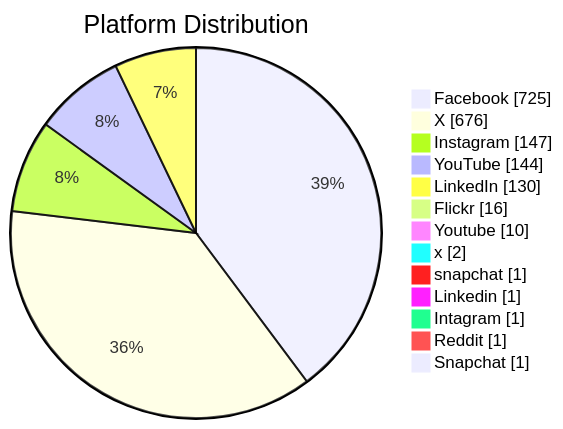
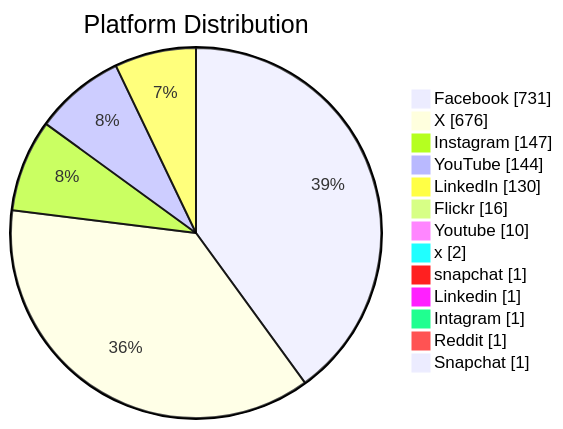
One commit to PatLittle/GC-Socials changed the second of 6 diagrams in README.md. Above: the diagram before and after it, drawn with Mermaid. The commit also changed other lines of this file, not shown here.

Commit message:
Update README with Platform Distribution pie chart

````diff
--- a/README.md
+++ b/README.md
@@ -58,16 +65,16 @@
 ```mermaid
 pie showData title Platform Distribution
-    "Facebook": 725
+    "Facebook": 731
     "X": 676
     "Instagram": 147
     "YouTube": 144
     "LinkedIn": 130
     "Flickr": 16
     "Youtube": 10
     "x": 2
     "snapchat": 1
     "Linkedin": 1
     "Intagram": 1
     "Reddit": 1
     "Snapchat": 1
 ```
````
